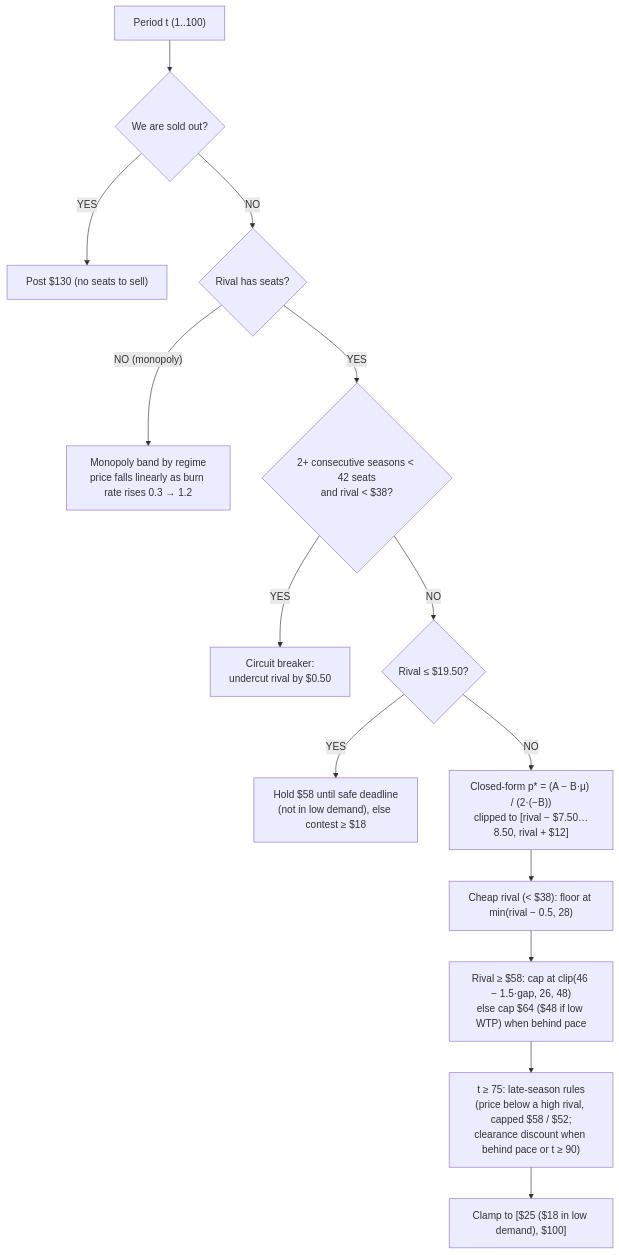
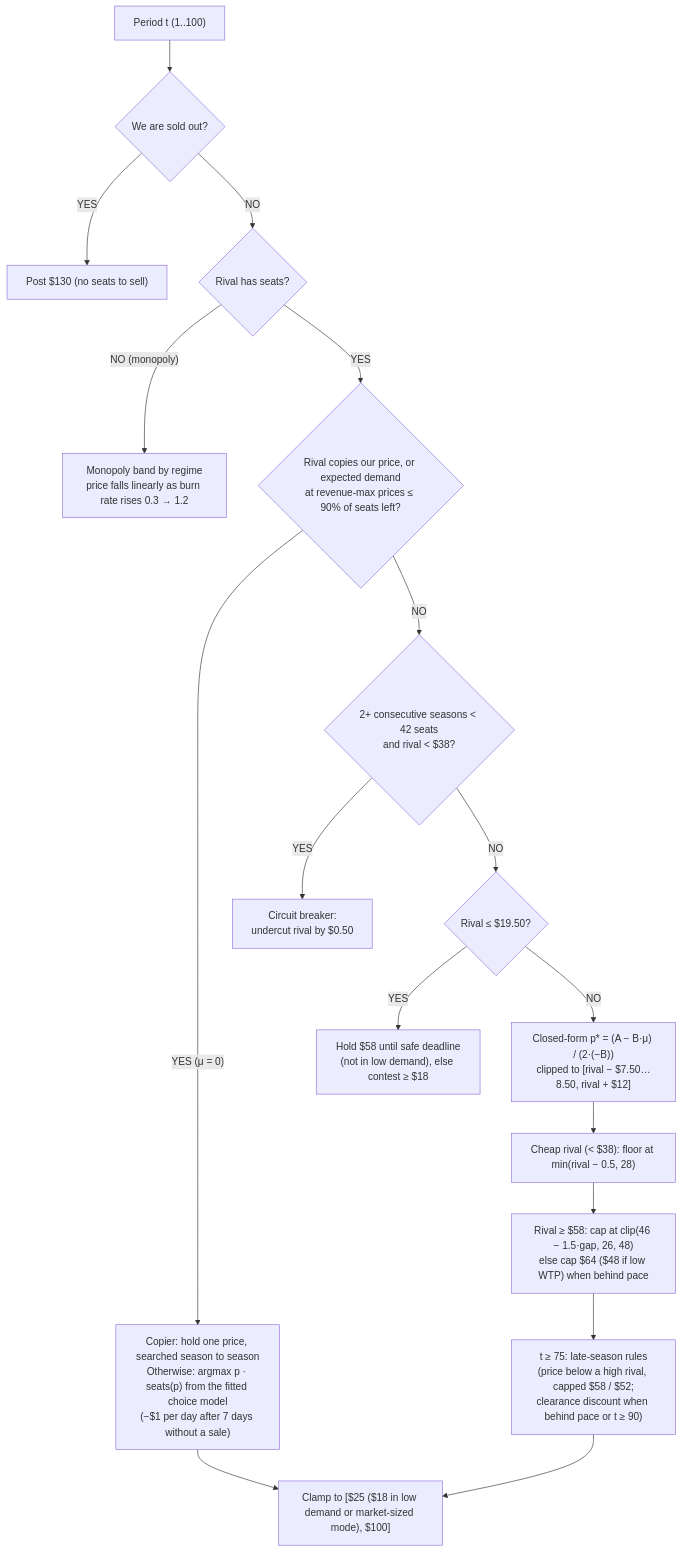
One commit to RamezCh/Learning-Optimization changed the diagram in README.md. Above: the diagram before and after it, drawn with Mermaid. The commit also changed other lines of this file and 16 other files, not shown here.

First line of the commit message:
feat(v6.4): market sizing and copying-rival handling from data/v6

````diff
--- a/README.md
+++ b/README.md
@@ -375,16 +375,19 @@
 ```mermaid
 flowchart TD
     Start["Period t (1..100)"] --> SoldOut{"We are sold out?"}
     SoldOut -- "YES" --> P130["Post $130 (no seats to sell)"]
     SoldOut -- "NO" --> Rival{"Rival has seats?"}
     Rival -- "NO (monopoly)" --> Mono["Monopoly band by regime<br/>price falls linearly as burn rate rises 0.3 → 1.2"]
-    Rival -- "YES" --> CB{"2+ consecutive seasons < 42 seats<br/>and rival < $38?"}
+    Rival -- "YES" --> Slack{"Rival copies our price, or expected demand<br/>at revenue-max prices ≤ 90% of seats left?"}
+    Slack -- "YES (μ = 0)" --> Rev["Copier: hold one price, searched season to season<br/>Otherwise: argmax p · seats(p) from the fitted choice model<br/>(−$1 per day after 7 days without a sale)"]
+    Rev --> Clamp
+    Slack -- "NO" --> CB{"2+ consecutive seasons < 42 seats<br/>and rival < $38?"}
     CB -- "YES" --> Breaker["Circuit breaker:<br/>undercut rival by $0.50"]
     CB -- "NO" --> Deep{"Rival ≤ $19.50?"}
     Deep -- "YES" --> Hold["Hold $58 until safe deadline<br/>(not in low demand), else contest ≥ $18"]
     Deep -- "NO" --> MLR["Closed-form p* = (A − B·μ) / (2·(−B))<br/>clipped to [rival − $7.50…8.50, rival + $12]"]
     MLR --> G1["Cheap rival (< $38): floor at min(rival − 0.5, 28)"]
     G1 --> G2["Rival ≥ $58: cap at clip(46 − 1.5·gap, 26, 48)<br/>else cap $64 ($48 if low WTP) when behind pace"]
     G2 --> G3["t ≥ 75: late-season rules<br/>(price below a high rival, capped $58 / $52;<br/>clearance discount when behind pace or t ≥ 90)"]
-    G3 --> Clamp["Clamp to [$25 ($18 in low demand), $100]"]
+    G3 --> Clamp["Clamp to [$25 ($18 in low demand or market-sized mode), $100]"]
 ```
````
